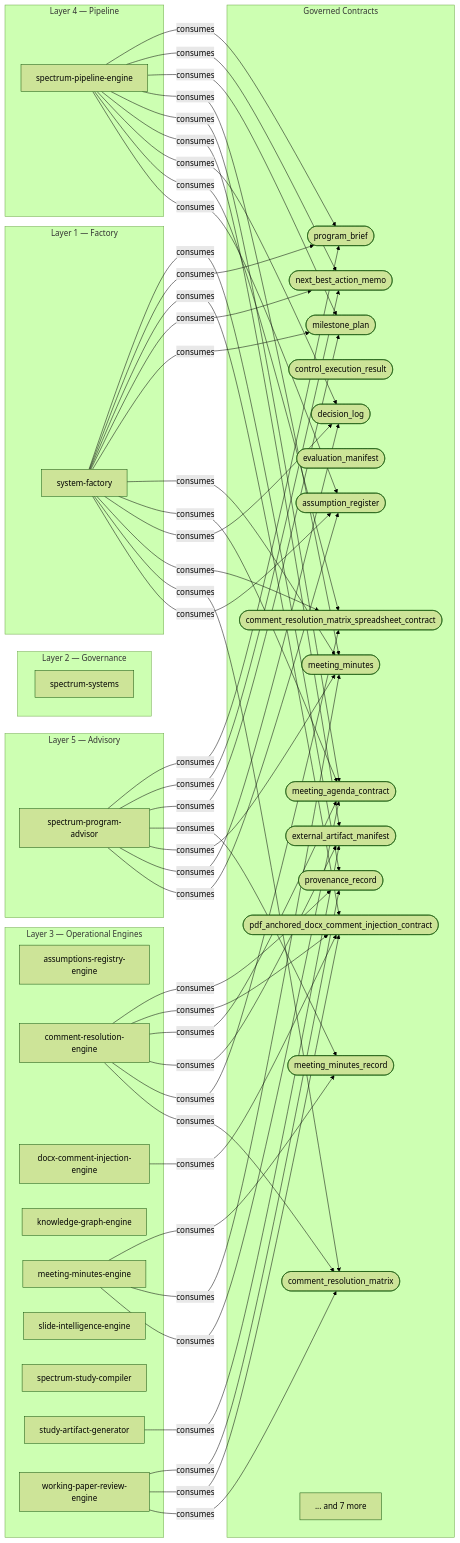
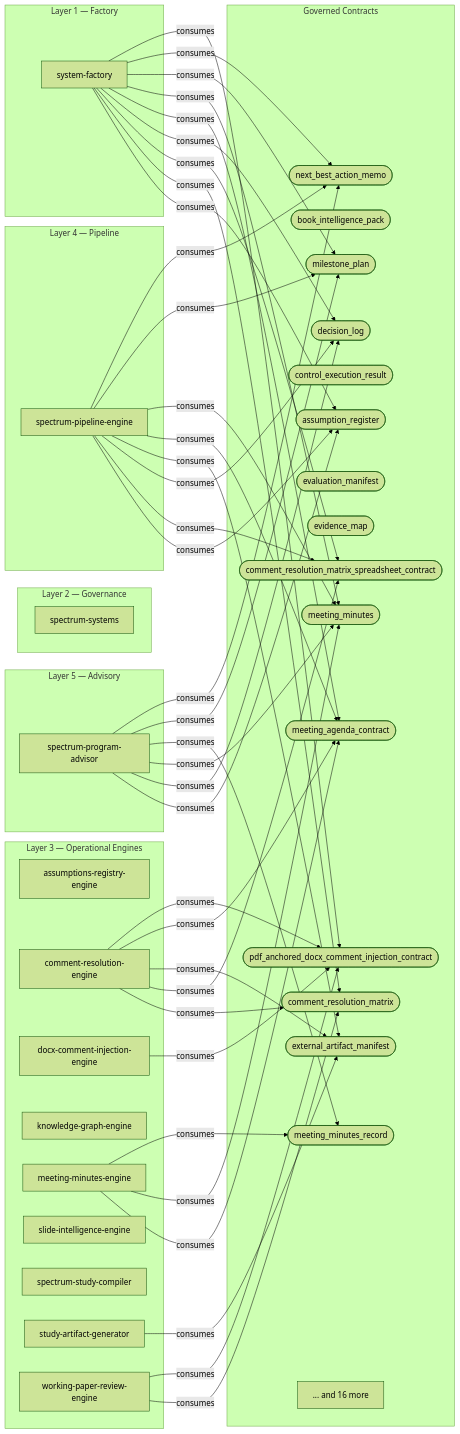
The diagram in governance/reports/ecosystem-architecture-graph.mmd (nicklasorte/spectrum-systems), drawn with Mermaid (forest theme) before and after one commit. The commit also changed 11 other files, not shown here.

First line of the commit message:
Update generated dependency-graph and governance reports

```diff
--- a/governance/reports/ecosystem-architecture-graph.mmd
+++ b/governance/reports/ecosystem-architecture-graph.mmd
@@ -1,90 +1,84 @@
 graph LR
 
   subgraph Layer 2["Layer 2 — Governance"]
     spectrum_systems["spectrum-systems"]
   end
 
   subgraph Layer 1["Layer 1 — Factory"]
     system_factory["system-factory"]
   end
 
   subgraph Layer 3["Layer 3 — Operational Engines"]
     assumptions_registry_engine["assumptions-registry-engine"]
     comment_resolution_engine["comment-resolution-engine"]
     docx_comment_injection_engine["docx-comment-injection-engine"]
     knowledge_graph_engine["knowledge-graph-engine"]
     meeting_minutes_engine["meeting-minutes-engine"]
     slide_intelligence_engine["slide-intelligence-engine"]
     spectrum_study_compiler["spectrum-study-compiler"]
     study_artifact_generator["study-artifact-generator"]
     working_paper_review_engine["working-paper-review-engine"]
   end
 
   subgraph Layer 4["Layer 4 — Pipeline"]
     spectrum_pipeline_engine["spectrum-pipeline-engine"]
   end
 
   subgraph Layer 5["Layer 5 — Advisory"]
     spectrum_program_advisor["spectrum-program-advisor"]
   end
 
   subgraph Contracts["Governed Contracts"]
     assumption_register(["assumption_register"])
+    book_intelligence_pack(["book_intelligence_pack"])
     comment_resolution_matrix(["comment_resolution_matrix"])
     comment_resolution_matrix_spreadsheet_contract(["comment_resolution_matrix_spreadsheet_contract"])
     control_execution_result(["control_execution_result"])
     decision_log(["decision_log"])
     evaluation_manifest(["evaluation_manifest"])
+    evidence_map(["evidence_map"])
     external_artifact_manifest(["external_artifact_manifest"])
     meeting_agenda_contract(["meeting_agenda_contract"])
     meeting_minutes(["meeting_minutes"])
     meeting_minutes_record(["meeting_minutes_record"])
     milestone_plan(["milestone_plan"])
     next_best_action_memo(["next_best_action_memo"])
     pdf_anchored_docx_comment_injection_contract(["pdf_anchored_docx_comment_injection_contract"])
-    program_brief(["program_brief"])
-    provenance_record(["provenance_record"])
-    more_contracts["... and 7 more"]
+    more_contracts["... and 16 more"]
   end
 
   comment_resolution_engine -->|consumes| comment_resolution_matrix
   comment_resolution_engine -->|consumes| comment_resolution_matrix_spreadsheet_contract
   comment_resolution_engine -->|consumes| external_artifact_manifest
   comment_resolution_engine -->|consumes| meeting_agenda_contract
   comment_resolution_engine -->|consumes| pdf_anchored_docx_comment_injection_contract
-  comment_resolution_engine -->|consumes| provenance_record
   docx_comment_injection_engine -->|consumes| pdf_anchored_docx_comment_injection_contract
   meeting_minutes_engine -->|consumes| meeting_agenda_contract
   meeting_minutes_engine -->|consumes| meeting_minutes
   meeting_minutes_engine -->|consumes| meeting_minutes_record
   spectrum_pipeline_engine -->|consumes| assumption_register
   spectrum_pipeline_engine -->|consumes| comment_resolution_matrix_spreadsheet_contract
   spectrum_pipeline_engine -->|consumes| decision_log
   spectrum_pipeline_engine -->|consumes| external_artifact_manifest
   spectrum_pipeline_engine -->|consumes| meeting_agenda_contract
   spectrum_pipeline_engine -->|consumes| meeting_minutes
   spectrum_pipeline_engine -->|consumes| milestone_plan
   spectrum_pipeline_engine -->|consumes| next_best_action_memo
-  spectrum_pipeline_engine -->|consumes| program_brief
   spectrum_program_advisor -->|consumes| assumption_register
   spectrum_program_advisor -->|consumes| decision_log
   spectrum_program_advisor -->|consumes| meeting_minutes
   spectrum_program_advisor -->|consumes| meeting_minutes_record
   spectrum_program_advisor -->|consumes| milestone_plan
   spectrum_program_advisor -->|consumes| next_best_action_memo
-  spectrum_program_advisor -->|consumes| program_brief
   study_artifact_generator -->|consumes| external_artifact_manifest
   system_factory -->|consumes| assumption_register
   system_factory -->|consumes| comment_resolution_matrix
   system_factory -->|consumes| comment_resolution_matrix_spreadsheet_contract
   system_factory -->|consumes| decision_log
   system_factory -->|consumes| meeting_agenda_contract
   system_factory -->|consumes| meeting_minutes
   system_factory -->|consumes| milestone_plan
   system_factory -->|consumes| next_best_action_memo
   system_factory -->|consumes| pdf_anchored_docx_comment_injection_contract
-  system_factory -->|consumes| program_brief
-  system_factory -->|consumes| provenance_record
   working_paper_review_engine -->|consumes| comment_resolution_matrix
   working_paper_review_engine -->|consumes| pdf_anchored_docx_comment_injection_contract
-  working_paper_review_engine -->|consumes| provenance_record
```
